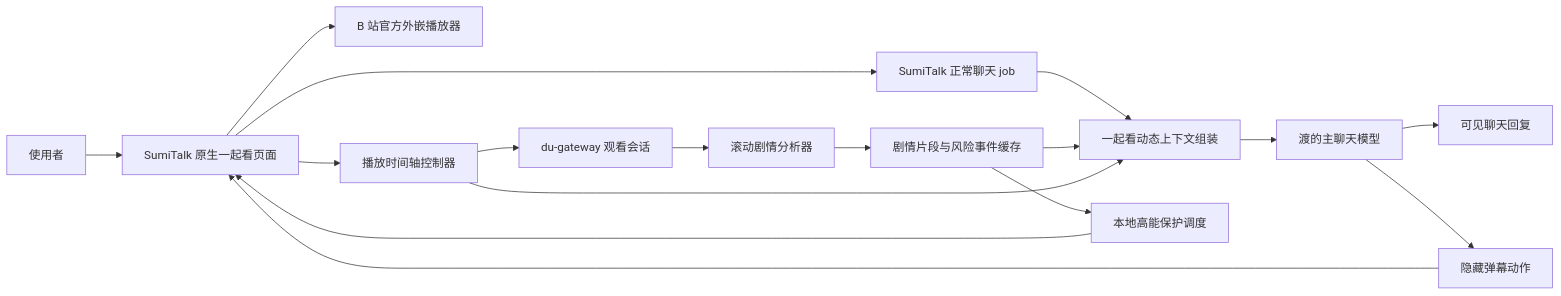
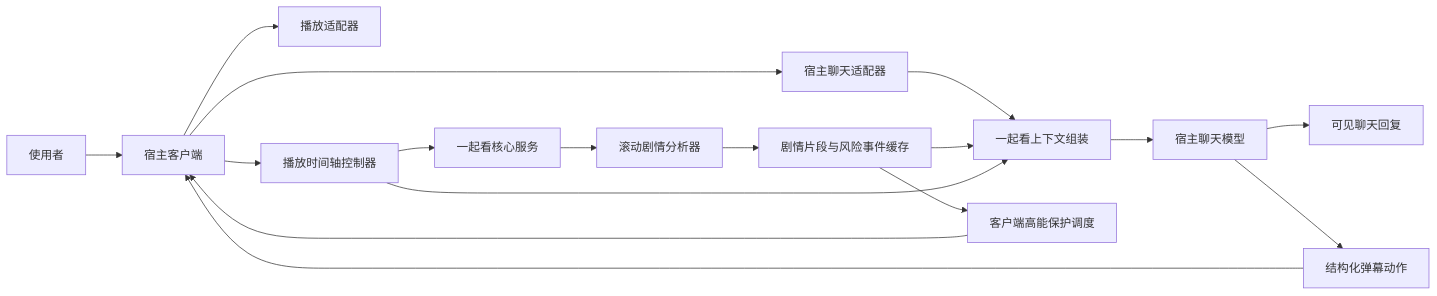
One commit to wxynora/du-gateway changed the diagram in docs/SumiTalk一起看方案.md. Above: the diagram before and after it, drawn with Mermaid. The commit also changed other lines of this file and 14 other files, not shown here.

````diff
--- a/docs/SumiTalk一起看方案.md
+++ b/docs/SumiTalk一起看方案.md
@@ -270,19 +279,19 @@
 ```mermaid
 flowchart LR
-    U["使用者"] --> A["SumiTalk 原生一起看页面"]
-    A --> P["B 站官方外嵌播放器"]
+    U["使用者"] --> A["宿主客户端"]
+    A --> P["播放适配器"]
     A --> T["播放时间轴控制器"]
-    T --> G["du-gateway 观看会话"]
+    T --> G["一起看核心服务"]
     G --> R["滚动剧情分析器"]
     R --> C["剧情片段与风险事件缓存"]
-    A --> J["SumiTalk 正常聊天 job"]
-    J --> X["一起看动态上下文组装"]
+    A --> J["宿主聊天适配器"]
+    J --> X["一起看上下文组装"]
     C --> X
     T --> X
-    X --> M["渡的主聊天模型"]
+    X --> M["宿主聊天模型"]
     M --> V["可见聊天回复"]
-    M --> H["隐藏弹幕动作"]
+    M --> H["结构化弹幕动作"]
     H --> A
-    C --> K["本地高能保护调度"]
+    C --> K["客户端高能保护调度"]
     K --> A
 ```
````
